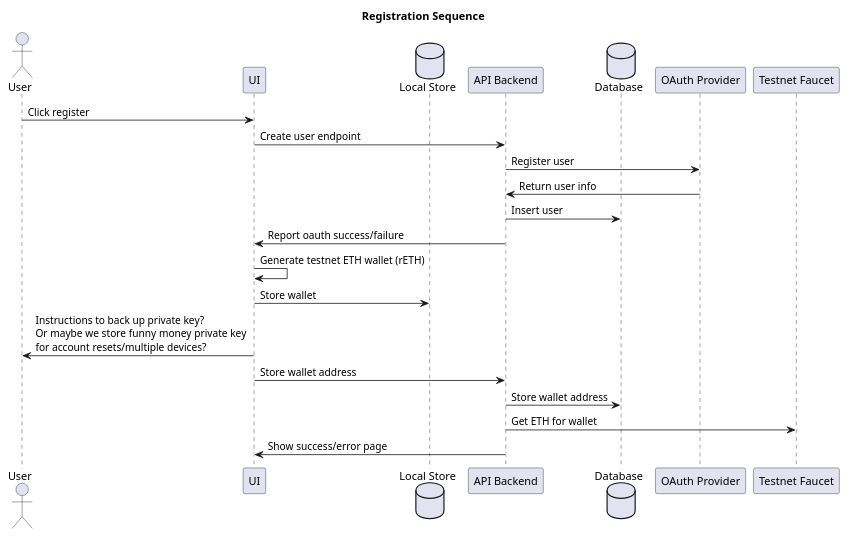
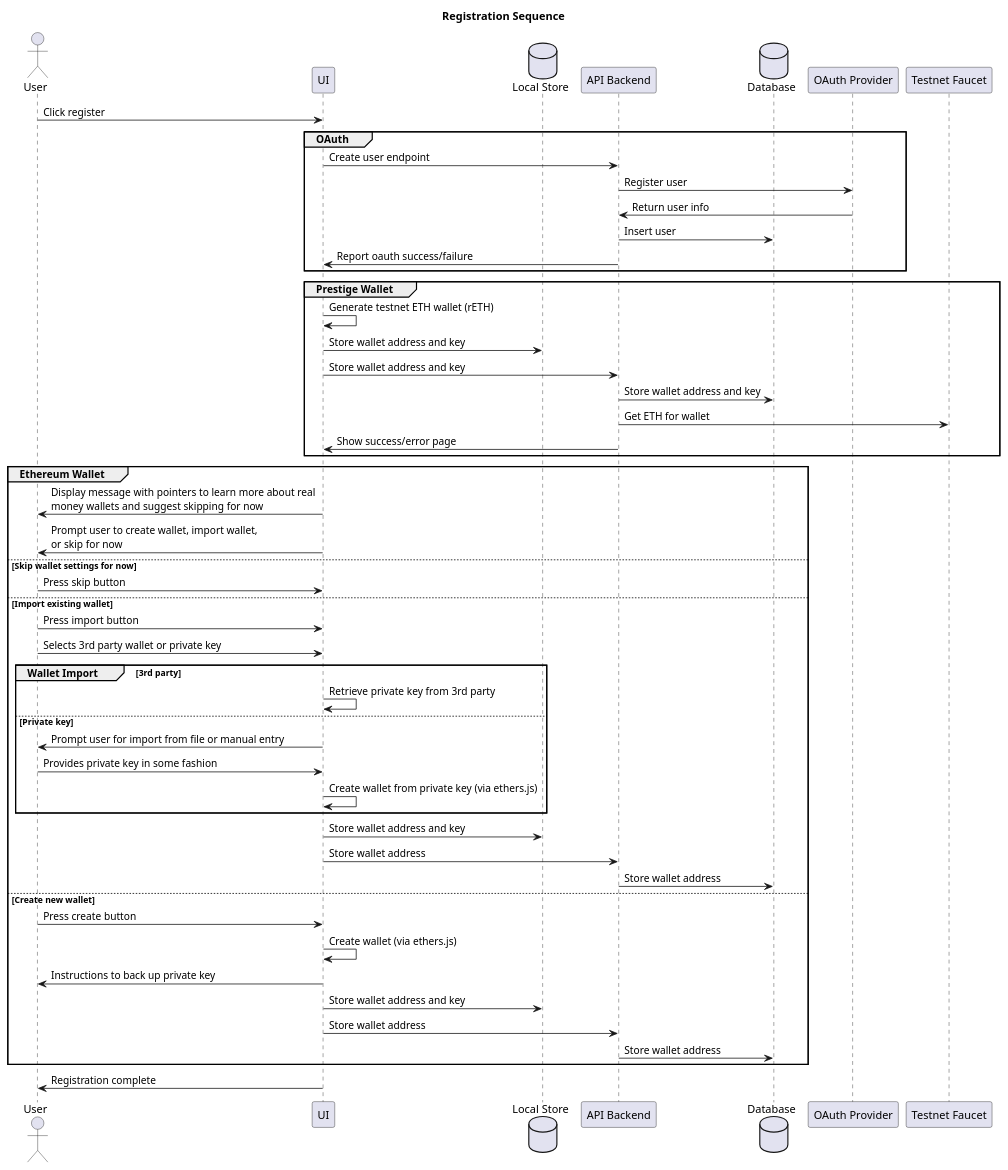
One commit to adhurjaty/prediction-app changed the diagram in docs/Diagrams/src/UserStories/registration.puml. Above: the diagram before and after it, drawn with PlantUML. The commit also changed 1 other file, not shown here.

Commit message:
Updated registration with different wallet flows

```diff
--- a/docs/Diagrams/src/UserStories/registration.puml
+++ b/docs/Diagrams/src/UserStories/registration.puml
@@ -1,27 +1,64 @@
 @startuml Registration Sequence
 
 title Registration Sequence
 
 actor User as user
 participant UI as ui
 database "Local Store" as localstore
 participant "API Backend" as api
 database Database as db
 participant "OAuth Provider" as oauth
 participant "Testnet Faucet" as faucet
 
 user -> ui : Click register 
-ui -> api : Create user endpoint
-api -> oauth : Register user
-oauth -> api : Return user info
-api -> db : Insert user
-api -> ui : Report oauth success/failure
-ui -> ui : Generate testnet ETH wallet (rETH)
-ui -> localstore : Store wallet
-ui -> user : Instructions to back up private key? \nOr maybe we store funny money private key \nfor account resets/multiple devices?
-ui -> api : Store wallet address
-api -> db : Store wallet address
-api -> faucet : Get ETH for wallet
-api -> ui : Show success/error page
+
+group OAuth
+    ui -> api : Create user endpoint
+    api -> oauth : Register user
+    oauth -> api : Return user info
+    api -> db : Insert user
+    api -> ui : Report oauth success/failure
+end
+
+group Prestige Wallet
+    ui -> ui : Generate testnet ETH wallet (rETH)
+    ui -> localstore : Store wallet address and key
+    ui -> api : Store wallet address and key
+    api -> db : Store wallet address and key
+    api -> faucet : Get ETH for wallet
+    api -> ui : Show success/error page
+end
+
+group Ethereum Wallet
+    ui -> user : Display message with pointers to learn more about real \nmoney wallets and suggest skipping for now
+    ui -> user : Prompt user to create wallet, import wallet, \nor skip for now
+else Skip wallet settings for now
+    user -> ui : Press skip button
+else Import existing wallet
+    user -> ui : Press import button
+    user -> ui : Selects 3rd party wallet or private key
+
+    group Wallet Import [3rd party]
+        ui -> ui : Retrieve private key from 3rd party
+    else Private key
+        ui -> user : Prompt user for import from file or manual entry 
+        user -> ui : Provides private key in some fashion
+        ui -> ui : Create wallet from private key (via ethers.js)
+    end
+
+    ui -> localstore : Store wallet address and key
+
+    ui -> api : Store wallet address 
+    api -> db : Store wallet address 
+else Create new wallet
+    user -> ui : Press create button
+    ui -> ui : Create wallet (via ethers.js)
+    ui -> user : Instructions to back up private key
+    ui -> localstore : Store wallet address and key
+    ui -> api : Store wallet address 
+    api -> db : Store wallet address 
+end
+
+ui -> user : Registration complete
 
 @enduml
```
